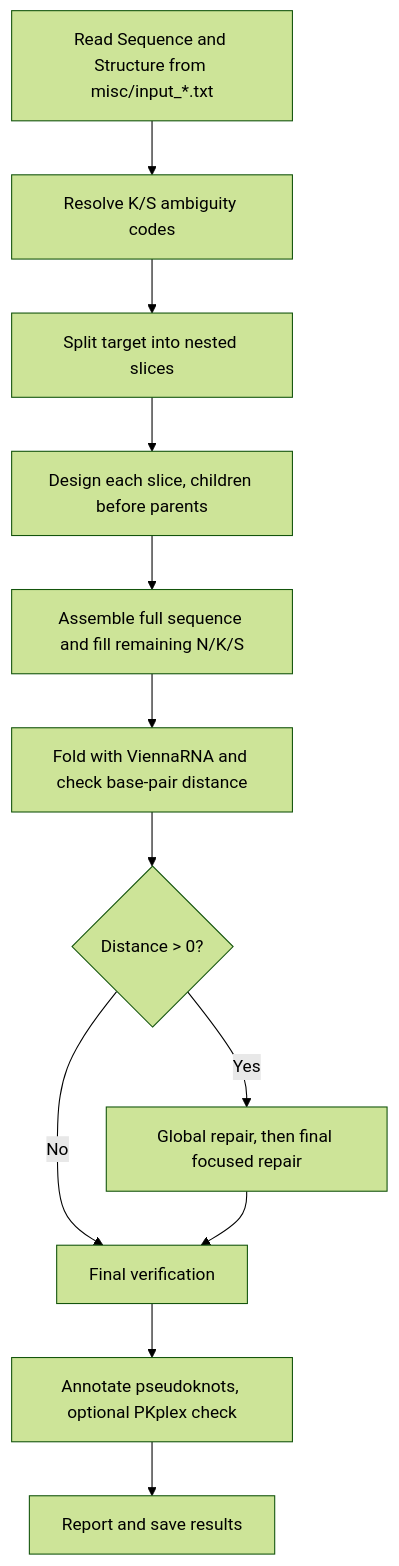
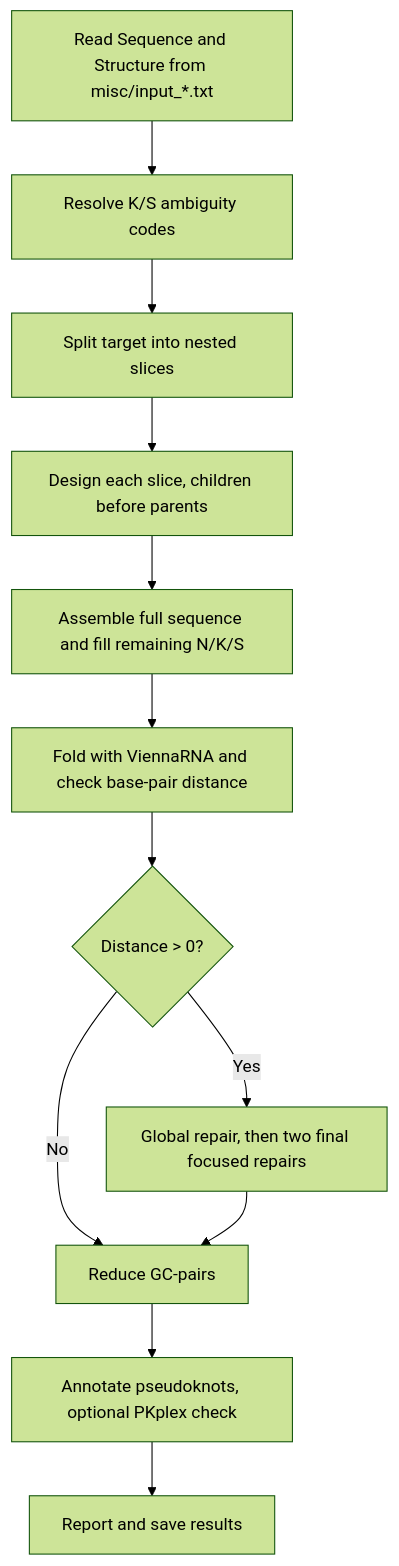
The first of 3 diagrams in README.md (HenrikMengkrogen/Ribologic_iGEM_BACKUP), drawn with Mermaid (forest theme) before and after one commit.

````diff
--- a/README.md
+++ b/README.md
@@ -36,14 +36,14 @@
 ```mermaid
 flowchart TD
     A[Read Sequence and Structure from misc/input_*.txt] --> B[Resolve K/S ambiguity codes]
     B --> C[Split target into nested slices]
     C --> D[Design each slice, children before parents]
     D --> E[Assemble full sequence and fill remaining N/K/S]
     E --> F[Fold with ViennaRNA and check base-pair distance]
     F --> G{Distance > 0?}
-    G -- Yes --> H[Global repair, then final focused repair]
+    G -- Yes --> H[Global repair, then two final focused repairs]
     G -- No --> I[Final verification]
-    H --> I
+    H --> I[Reduce GC-pairs]
     I --> J[Annotate pseudoknots, optional PKplex check]
     J --> K[Report and save results]
 ```
````
